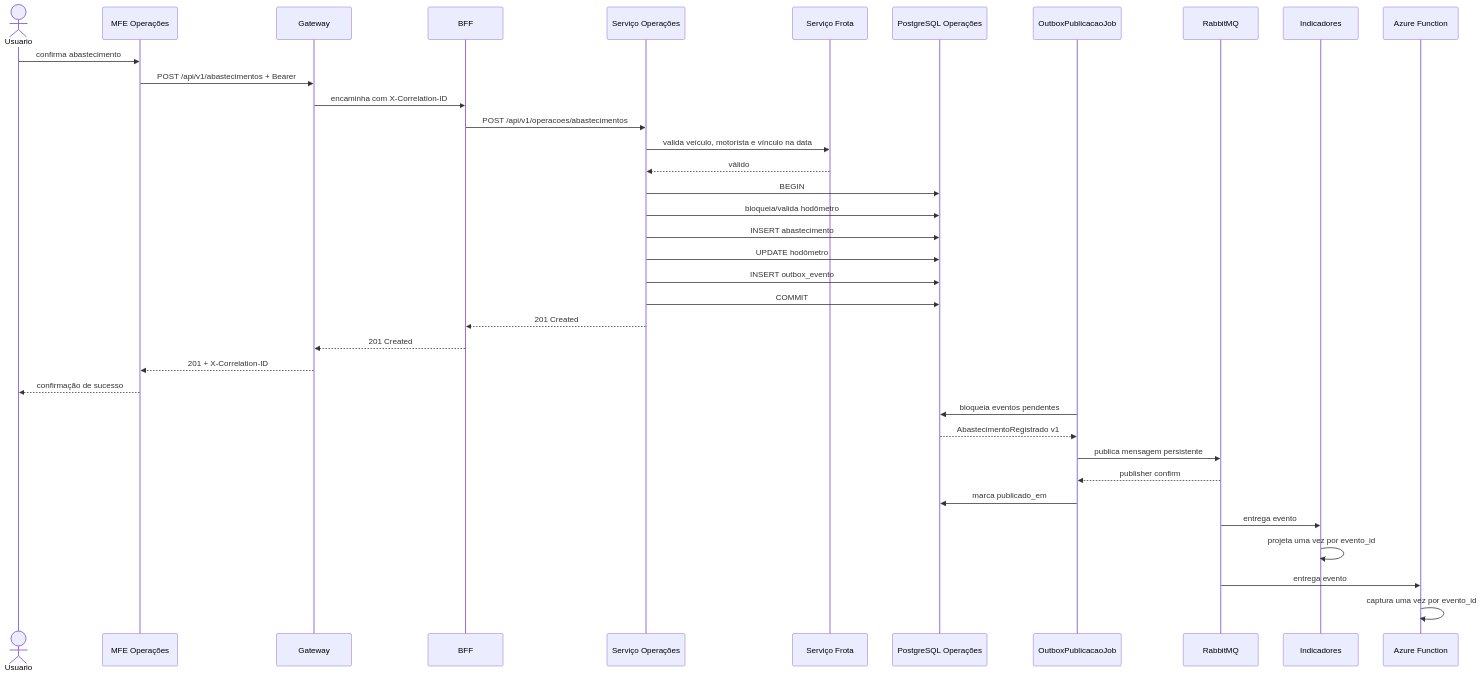
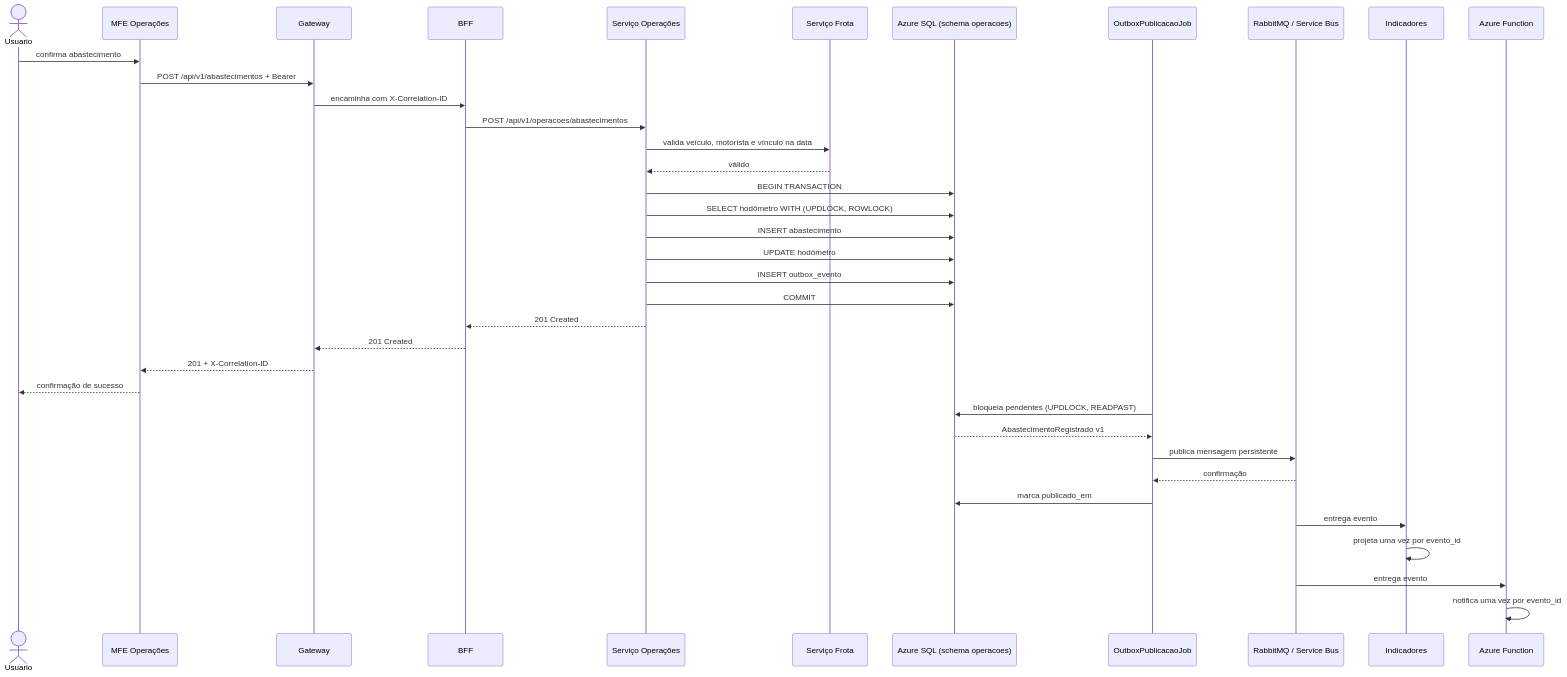
Before and after one commit to mateusblm/nexfleet: the seventh of 14 diagrams in docs/DIAGRAMAS-ARQUITETURA.md, drawn with Mermaid. The commit also changed other lines of this file, not shown here.

Commit message:
Diagramas da v1.0.0: Frota no MongoDB, demais serviços no Azure SQL por schema e visão consolidada

````diff
--- a/docs/DIAGRAMAS-ARQUITETURA.md
+++ b/docs/DIAGRAMAS-ARQUITETURA.md
@@ -255,41 +259,41 @@
 ```mermaid
 sequenceDiagram
   actor Usuario
   participant MFE as MFE Operações
   participant Gateway
   participant BFF
   participant Operacoes as Serviço Operações
   participant Frota as Serviço Frota
-  participant Banco as PostgreSQL Operações
+  participant Banco as Azure SQL (schema operacoes)
   participant Job as OutboxPublicacaoJob
-  participant Rabbit as RabbitMQ
+  participant Broker as RabbitMQ / Service Bus
   participant Indicadores
   participant Function as Azure Function
 
   Usuario->>MFE: confirma abastecimento
   MFE->>Gateway: POST /api/v1/abastecimentos + Bearer
   Gateway->>BFF: encaminha com X-Correlation-ID
   BFF->>Operacoes: POST /api/v1/operacoes/abastecimentos
   Operacoes->>Frota: valida veículo, motorista e vínculo na data
   Frota-->>Operacoes: válido
-  Operacoes->>Banco: BEGIN
-  Operacoes->>Banco: bloqueia/valida hodômetro
+  Operacoes->>Banco: BEGIN TRANSACTION
+  Operacoes->>Banco: SELECT hodômetro WITH (UPDLOCK, ROWLOCK)
   Operacoes->>Banco: INSERT abastecimento
   Operacoes->>Banco: UPDATE hodômetro
   Operacoes->>Banco: INSERT outbox_evento
   Operacoes->>Banco: COMMIT
   Operacoes-->>BFF: 201 Created
   BFF-->>Gateway: 201 Created
   Gateway-->>MFE: 201 + X-Correlation-ID
   MFE-->>Usuario: confirmação de sucesso
 
-  Job->>Banco: bloqueia eventos pendentes
+  Job->>Banco: bloqueia pendentes (UPDLOCK, READPAST)
   Banco-->>Job: AbastecimentoRegistrado v1
-  Job->>Rabbit: publica mensagem persistente
-  Rabbit-->>Job: publisher confirm
+  Job->>Broker: publica mensagem persistente
+  Broker-->>Job: confirmação
   Job->>Banco: marca publicado_em
-  Rabbit->>Indicadores: entrega evento
+  Broker->>Indicadores: entrega evento
   Indicadores->>Indicadores: projeta uma vez por evento_id
-  Rabbit->>Function: entrega evento
-  Function->>Function: captura uma vez por evento_id
+  Broker->>Function: entrega evento
+  Function->>Function: notifica uma vez por evento_id
 ```
````
